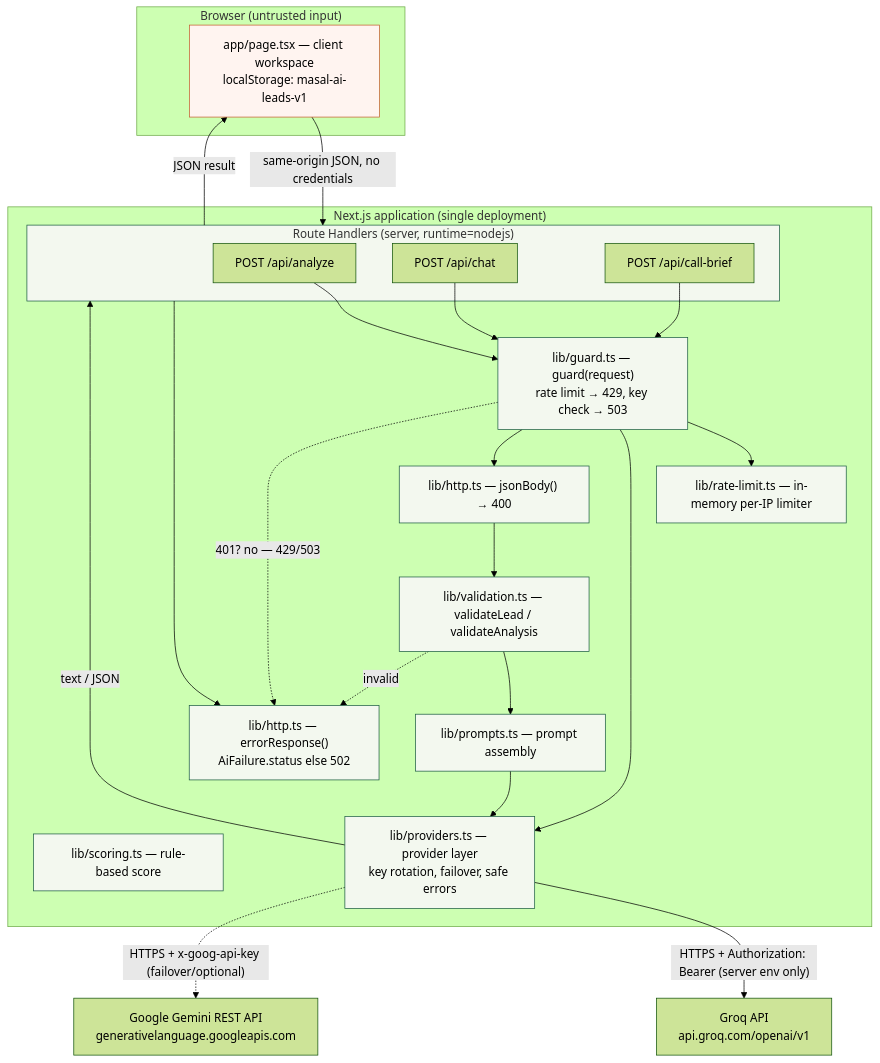
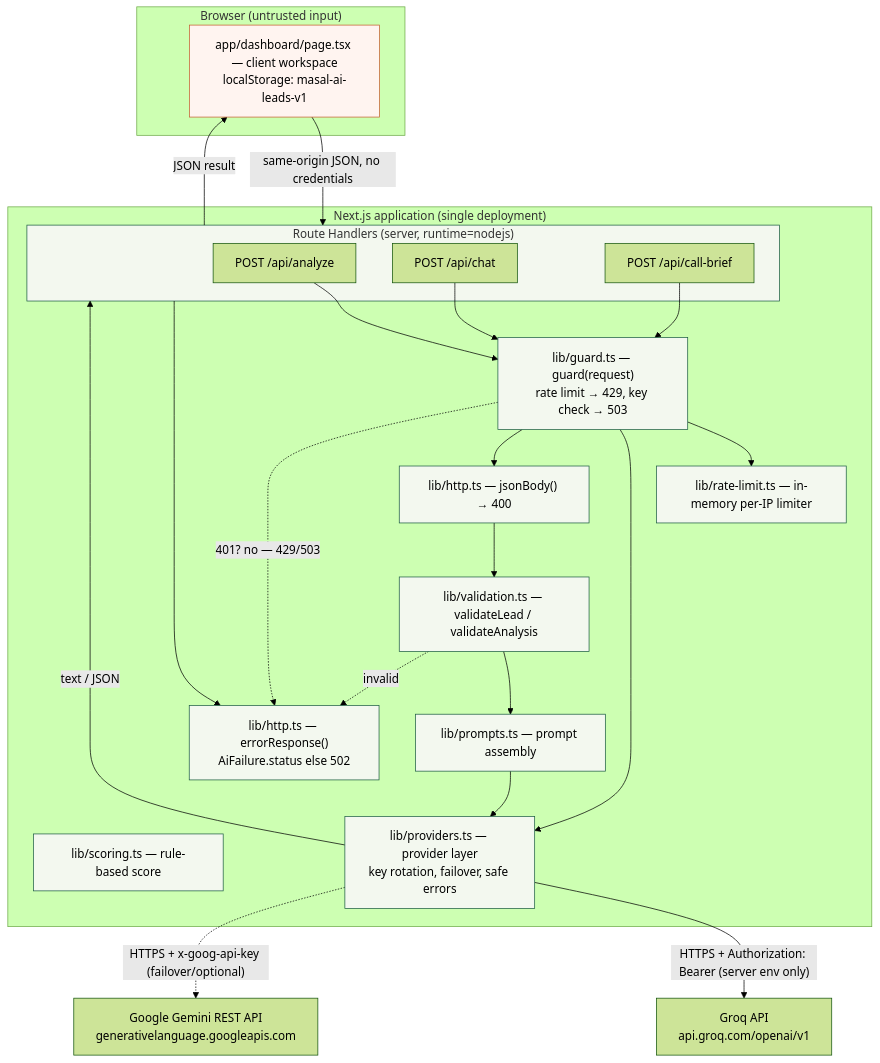
Before and after one commit to ANUBprad/masal-ai-assignment: the first of 4 diagrams in docs/ARCHITECTURE.md, drawn with Mermaid (forest theme). The commit also changed other lines of this file and 28 other files, not shown here.

First line of the commit message:
feat(landing): add a landing page and move the workspace to /dashboard

````diff
--- a/docs/ARCHITECTURE.md
+++ b/docs/ARCHITECTURE.md
@@ -33,49 +33,49 @@
 ```mermaid
 flowchart TD
     subgraph Browser["Browser (untrusted input)"]
-        UI["app/page.tsx — client workspace<br/>localStorage: masal-ai-leads-v1"]
+        UI["app/dashboard/page.tsx — client workspace<br/>localStorage: masal-ai-leads-v1"]
     end
 
     subgraph App["Next.js application (single deployment)"]
         subgraph Routes["Route Handlers (server, runtime=nodejs)"]
             A["POST /api/analyze"]
             C["POST /api/chat"]
             B["POST /api/call-brief"]
         end
 
         Guard["lib/guard.ts — guard(request)<br/>rate limit → 429, key check → 503"]
         RL["lib/rate-limit.ts — in-memory per-IP limiter"]
         Body["lib/http.ts — jsonBody() → 400"]
         Val["lib/validation.ts — validateLead / validateAnalysis"]
         Score["lib/scoring.ts — rule-based score"]
         Prompts["lib/prompts.ts — prompt assembly"]
         AI["lib/providers.ts — provider layer<br/>key rotation, failover, safe errors"]
         Err["lib/http.ts — errorResponse()<br/>AiFailure.status else 502"]
     end
 
     Groq["Groq API<br/>api.groq.com/openai/v1"]
     Gemini["Google Gemini REST API<br/>generativelanguage.googleapis.com"]
 
     UI -- "same-origin JSON, no credentials" --> Routes
     A --> Guard
     C --> Guard
     B --> Guard
     Guard --> RL
     Guard --> AI
     Guard --> Body
     Body --> Val
     Val --> Prompts
     Prompts --> AI
     AI -- "HTTPS + Authorization: Bearer (server env only)" --> Groq
     AI -. "HTTPS + x-goog-api-key (failover/optional)" .-> Gemini
     AI -- "text / JSON" --> Routes
     Routes -- "JSON result" --> UI
     Routes --> Err
     Val -. invalid .-> Err
     Guard -. "401? no — 429/503" .-> Err
 
     classDef untrusted fill:#fff4f0,stroke:#c55e32;
     classDef server fill:#f3f8ef,stroke:#1d5d43;
     class UI untrusted;
     class Guard,RL,Body,Val,Score,Prompts,AI,Err,Routes server;
 ```
````
